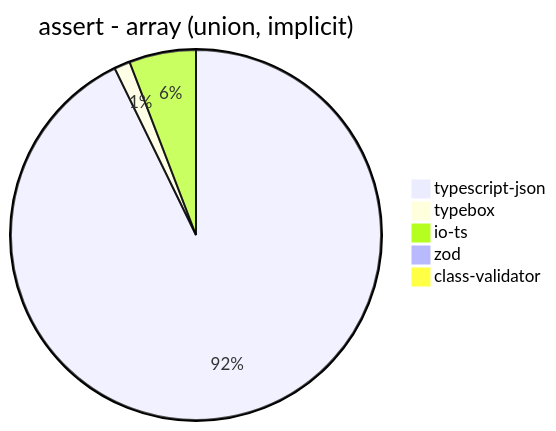
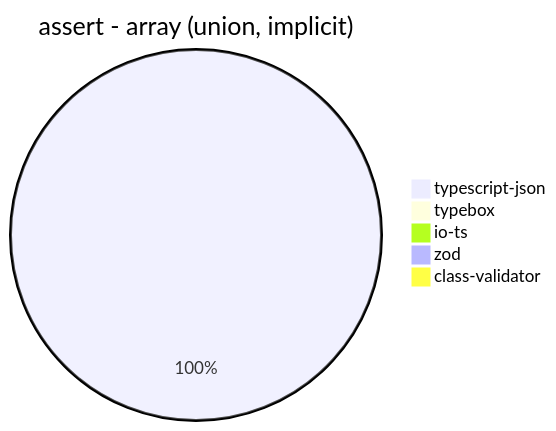
Before and after one commit to samchon/typia: diagram 15 of 39 in benchmark/results/11th Gen Intel(R) Core(TM) i5-1135G7 @ 2.40GHz.md, drawn with Mermaid. The commit also changed other lines of this file and 177 other files, not shown here.

````diff
--- a/benchmark/results/11th Gen Intel(R) Core(TM) i5-1135G7 @ 2.40GHz.md
+++ b/benchmark/results/11th Gen Intel(R) Core(TM) i5-1135G7 @ 2.40GHz.md
@@ -186,8 +186,8 @@
 ```mermaid
 pie title assert - array (union, implicit)
-  "typescript-json": 1677.3605541378054
-  "typebox": 25.125628140703515
-  "io-ts": 105.43130990415337
-  "zod": 3.5747883349012226
-  "class-validator": 9.282060996400833
+  "typescript-json": 1079.6718322698268
+  "typebox": 0
+  "io-ts": 0
+  "zod": 0
+  "class-validator": 0
 ```
````
